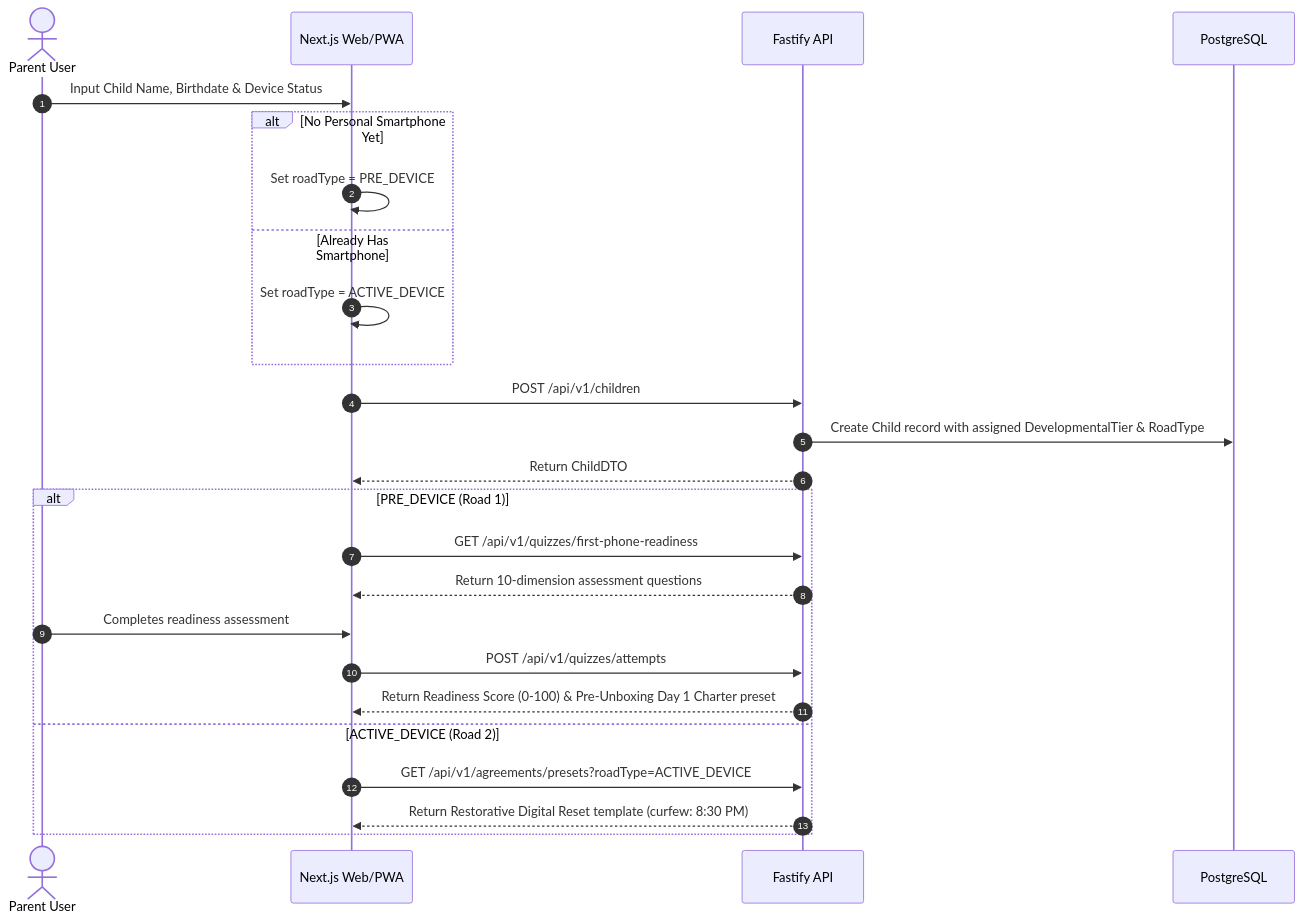
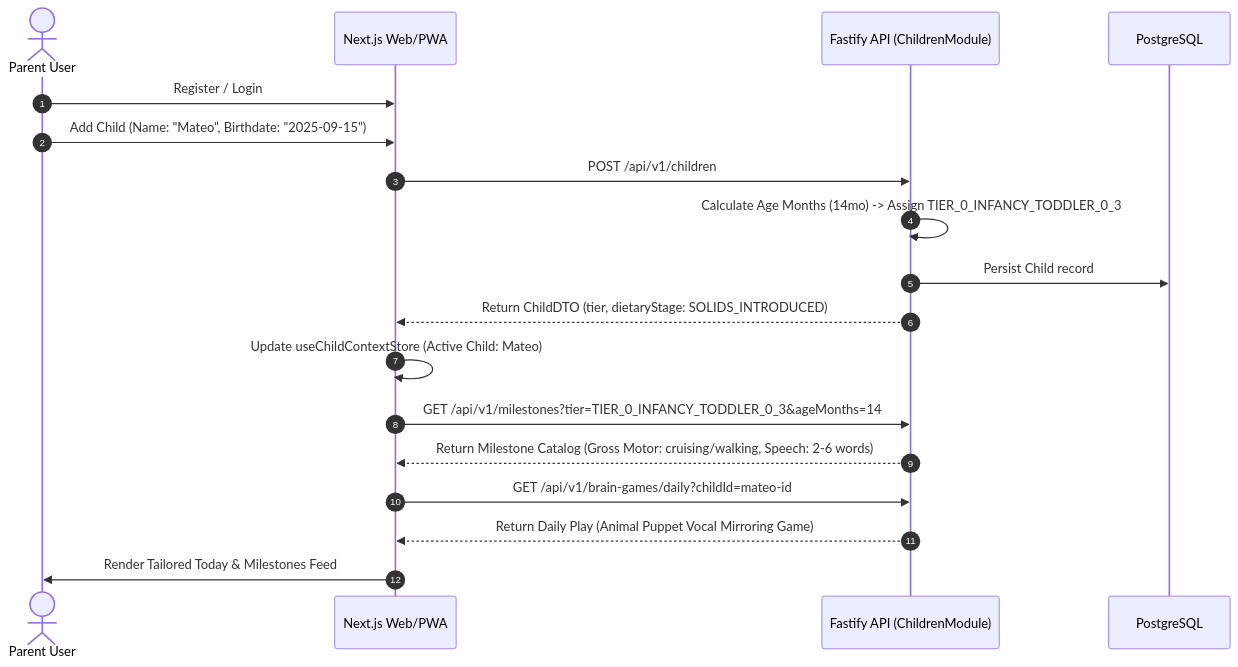
Before and after one commit to Souheil007/AlongSide: the second of 4 diagrams in docs/system-architecture.md, drawn with Mermaid. The commit also changed other lines of this file and 14 other files, not shown here.

````diff
--- a/docs/system-architecture.md
+++ b/docs/system-architecture.md
@@ -203,30 +253,22 @@
 ```mermaid
 sequenceDiagram
     autonumber
     actor Parent as Parent User
     participant Web as Next.js Web/PWA
-    participant API as Fastify API
+    participant API as Fastify API (ChildrenModule)
     participant DB as PostgreSQL
 
-    Parent->>Web: Input Child Name, Birthdate & Device Status
-    alt No Personal Smartphone Yet
-        Web->>Web: Set roadType = PRE_DEVICE
-    else Already Has Smartphone
-        Web->>Web: Set roadType = ACTIVE_DEVICE
-    end
+    Parent->>Web: Register / Login
+    Parent->>Web: Add Child (Name: "Mateo", Birthdate: "2025-09-15")
+    Web->>API: POST /api/v1/children
+    API->>API: Calculate Age Months (14mo) -> Assign TIER_0_INFANCY_TODDLER_0_3
+    API->>DB: Persist Child record
+    API-->>Web: Return ChildDTO (tier, dietaryStage: SOLIDS_INTRODUCED)
 
-    Web->>API: POST /api/v1/children
-    API->>DB: Create Child record with assigned DevelopmentalTier & RoadType
-    API-->>Web: Return ChildDTO
-
-    alt PRE_DEVICE (Road 1)
-        Web->>API: GET /api/v1/quizzes/first-phone-readiness
-        API-->>Web: Return 10-dimension assessment questions
-        Parent->>Web: Completes readiness assessment
-        Web->>API: POST /api/v1/quizzes/attempts
-        API-->>Web: Return Readiness Score (0-100) & Pre-Unboxing Day 1 Charter preset
-    else ACTIVE_DEVICE (Road 2)
-        Web->>API: GET /api/v1/agreements/presets?roadType=ACTIVE_DEVICE
-        API-->>Web: Return Restorative Digital Reset template (curfew: 8:30 PM)
-    end
+    Web->>Web: Update useChildContextStore (Active Child: Mateo)
+    Web->>API: GET /api/v1/milestones?tier=TIER_0_INFANCY_TODDLER_0_3&ageMonths=14
+    API-->>Web: Return Milestone Catalog (Gross Motor: cruising/walking, Speech: 2-6 words)
+    Web->>API: GET /api/v1/brain-games/daily?childId=mateo-id
+    API-->>Web: Return Daily Play (Animal Puppet Vocal Mirroring Game)
+    Web->>Parent: Render Tailored Today & Milestones Feed
 ```
````
